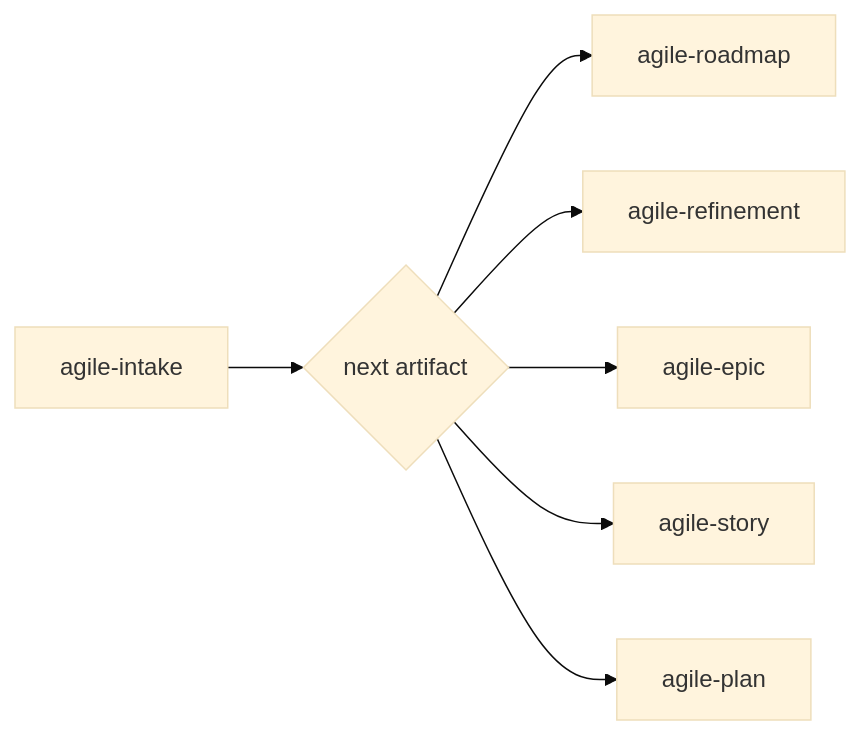
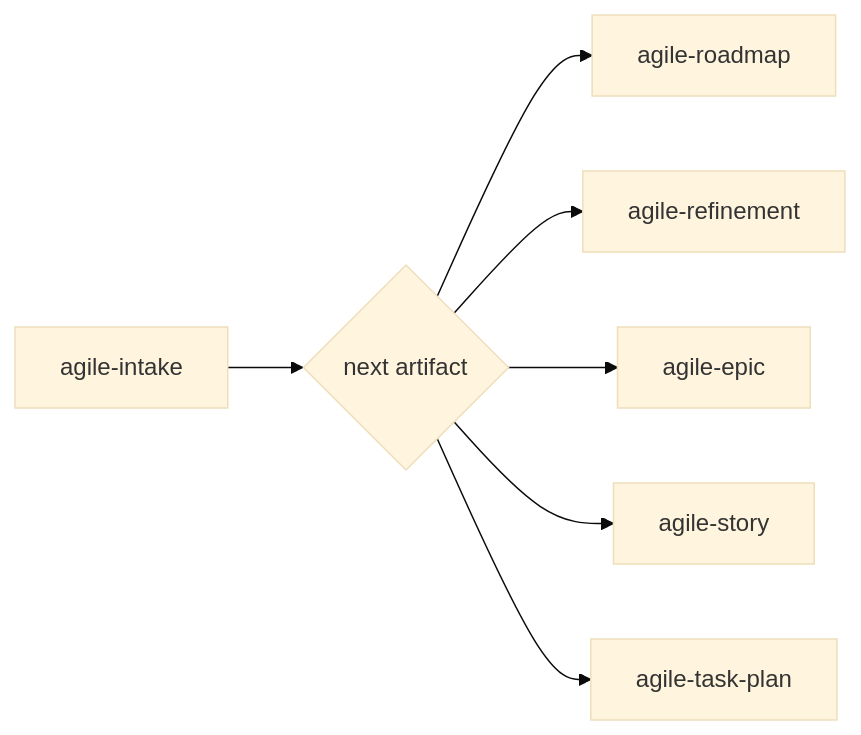
One commit to djalmajr/essential-skills changed the diagram in skills/agile-intake/README.md. Above: the diagram before and after it, drawn with Mermaid (base theme). The commit also changed other lines of this file and 29 other files, not shown here.

First line of the commit message:
Rename agile-plan to agile-task-plan, remove all sizing codes

````diff
--- a/skills/agile-intake/README.md
+++ b/skills/agile-intake/README.md
@@ -67,9 +67,9 @@
 ```mermaid
 flowchart LR
     A[agile-intake] --> B{next artifact}
     B --> C[agile-roadmap]
     B --> D[agile-refinement]
     B --> E[agile-epic]
     B --> F[agile-story]
-    B --> G[agile-plan]
+    B --> G[agile-task-plan]
 ```
````
